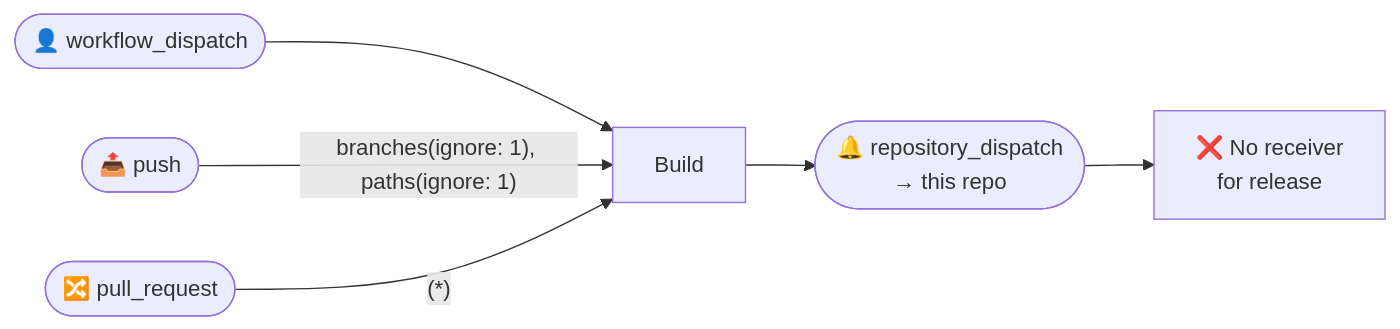
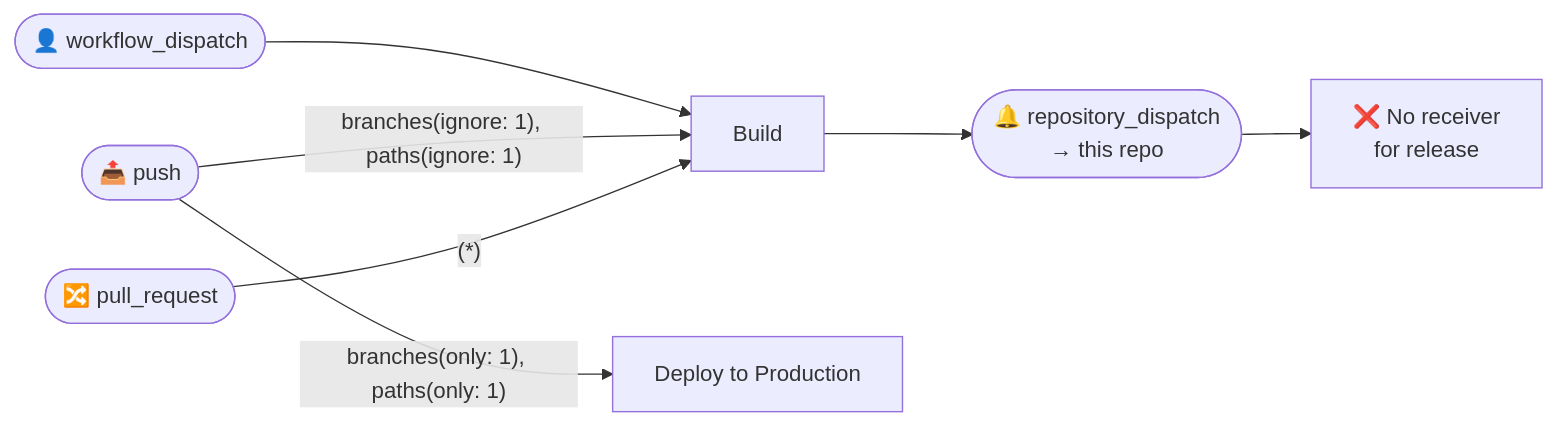
The diagram in jvm/maven/.github/typeflows/README.md (typeflows/typeflows), drawn with Mermaid before and after one commit. The commit also changed other lines of this file and 19 other files, not shown here.

````diff
--- a/jvm/maven/.github/typeflows/README.md
+++ b/jvm/maven/.github/typeflows/README.md
@@ -3,14 +3,16 @@
 ```mermaid
 flowchart LR
     workflowdispatch(["👤 workflow_dispatch"])
     push(["📤 push"])
     pullrequest(["🔀 pull_request"])
     repositorydispatchgithubrepository(["🔔 repository_dispatch<br/>→ this repo"])
-    build["Build"]
+    buildyml["Build"]
+    deployyml["Deploy to Production"]
     noreceiverrelease["❌ No receiver<br/>for release"]
-    workflowdispatch --> build
-    push -->|"branches(ignore: 1), paths(ignore: 1)"|build
-    pullrequest -->|"(*)"|build
-    build --> repositorydispatchgithubrepository
+    workflowdispatch --> buildyml
+    push -->|"branches(ignore: 1), paths(ignore: 1)"|buildyml
+    push -->|"branches(only: 1), paths(only: 1)"|deployyml
+    pullrequest -->|"(*)"|buildyml
+    buildyml --> repositorydispatchgithubrepository
     repositorydispatchgithubrepository --> noreceiverrelease
 ```
````
